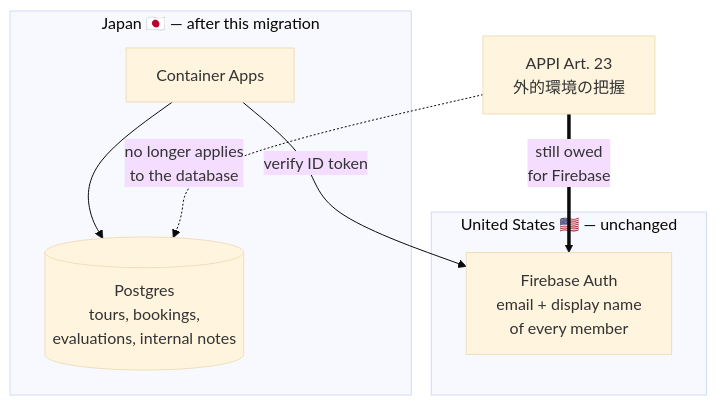
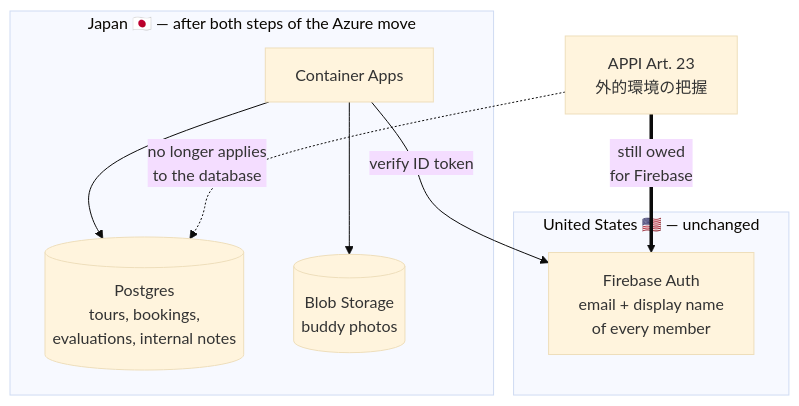
One commit to Lynns0416/buddy-app-copy changed the sixth of 6 diagrams in docs/deploy-plan.md. Above: the diagram before and after it, drawn with Mermaid (base theme). The commit also changed other lines of this file and 3 other files, not shown here.

````diff
--- a/docs/deploy-plan.md
+++ b/docs/deploy-plan.md
@@ -253,16 +345,18 @@
 ```mermaid
 flowchart TB
-    subgraph JP["Japan 🇯🇵 — after this migration"]
+    subgraph JP["Japan 🇯🇵 — after both steps of the Azure move"]
         PG[("Postgres<br/>tours, bookings,<br/>evaluations, internal notes")]
+        BL[("Blob Storage<br/>buddy photos")]
         CA["Container Apps"]
     end
     subgraph US["United States 🇺🇸 — unchanged"]
         FB["Firebase Auth<br/>email + display name<br/>of every member"]
     end
     CA --> PG
+    CA --> BL
     CA -->|verify ID token| FB
 
     APPI["APPI Art. 23<br/>外的環境の把握"]
     APPI -.->|"no longer applies<br/>to the database"| PG
     APPI ==>|"still owed<br/>for Firebase"| FB
 ```
````
